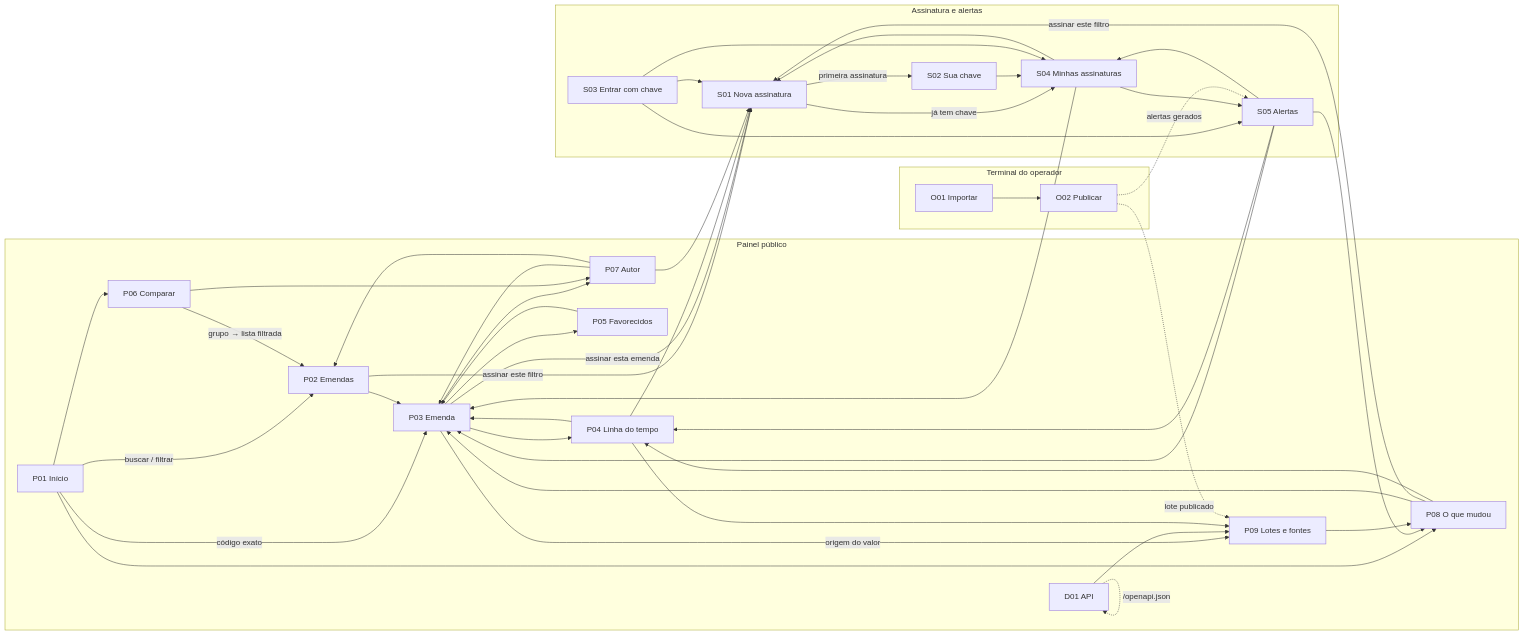
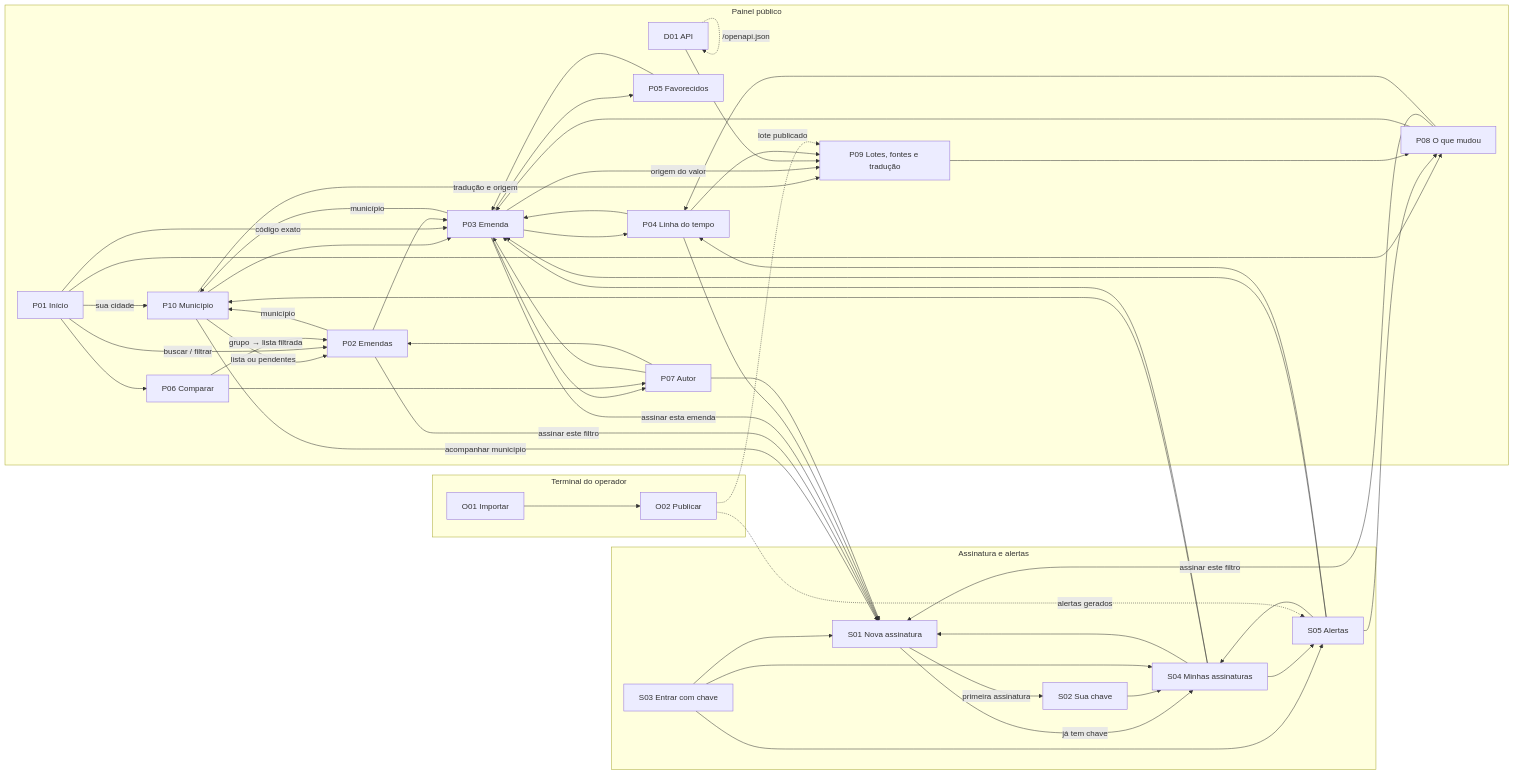
Before and after one commit to jvchaaves/rastro: the diagram in especificacoes/joao-vitor/telas/inventario.md, drawn with Mermaid. The commit also changed other lines of this file and 54 other files, not shown here.

````diff
--- a/especificacoes/joao-vitor/telas/inventario.md
+++ b/especificacoes/joao-vitor/telas/inventario.md
@@ -62,69 +76,78 @@
 ```mermaid
 flowchart LR
     subgraph Publico["Painel público"]
         P01[P01 Início]
         P02[P02 Emendas]
         P03[P03 Emenda]
         P04[P04 Linha do tempo]
         P05[P05 Favorecidos]
         P06[P06 Comparar]
         P07[P07 Autor]
         P08[P08 O que mudou]
-        P09[P09 Lotes e fontes]
+        P09[P09 Lotes, fontes e tradução]
+        P10[P10 Município]
         D01[D01 API]
     end
     subgraph Assinatura["Assinatura e alertas"]
         S01[S01 Nova assinatura]
         S02[S02 Sua chave]
         S03[S03 Entrar com chave]
         S04[S04 Minhas assinaturas]
         S05[S05 Alertas]
     end
     subgraph CLI["Terminal do operador"]
         O01[O01 Importar]
         O02[O02 Publicar]
     end
 
+    P01 -->|sua cidade| P10
+    P10 -->|lista ou pendentes| P02
+    P10 --> P03
+    P10 -->|acompanhar município| S01
+    P10 -->|tradução e origem| P09
+    P02 -->|município| P10
+    P03 -->|município| P10
+    S04 --> P10
     P01 -->|buscar / filtrar| P02
     P01 -->|código exato| P03
     P01 --> P06
     P01 --> P08
     P02 --> P03
     P02 -->|assinar este filtro| S01
     P03 --> P04
     P03 --> P05
     P03 --> P07
     P03 -->|assinar esta emenda| S01
     P03 -->|origem do valor| P09
     P04 --> P03
     P05 --> P03
     P06 --> P07
     P06 -->|grupo → lista filtrada| P02
     P07 --> P03
     P08 --> P03
     P08 -->|assinar este filtro| S01
     S01 -->|primeira assinatura| S02
     S01 -->|já tem chave| S04
     S02 --> S04
     S03 --> S05
     S04 --> S01
     S04 --> S05
     S05 --> P03
     S05 --> P08
     D01 -.->|/openapi.json| D01
     D01 --> P09
     P04 --> S01
     P04 --> P09
     P07 --> P02
     P07 --> S01
     P08 --> P04
     P09 --> P08
     S03 --> S01
     S03 --> S04
     S04 --> P03
     S05 --> P04
     S05 --> S04
     O01 --> O02
     O02 -.->|lote publicado| P09
     O02 -.->|alertas gerados| S05
 ```
````
